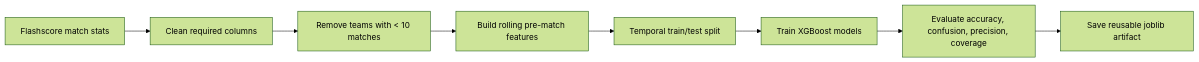
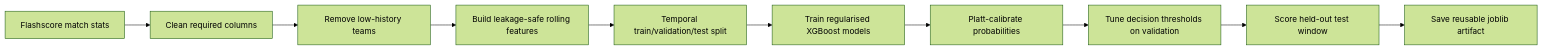
The diagram in README.md (Edehisaboi/football-match-outcome-ml), drawn with Mermaid (forest theme) before and after one commit. The commit also changed other lines of this file and 1 other file, not shown here.

````diff
--- a/README.md
+++ b/README.md
@@ -55,10 +63,12 @@
 ```mermaid
 flowchart LR
     A["Flashscore match stats"] --> B["Clean required columns"]
-    B --> C["Remove teams with < 10 matches"]
-    C --> D["Build rolling pre-match features"]
-    D --> E["Temporal train/test split"]
-    E --> F["Train XGBoost models"]
-    F --> G["Evaluate accuracy, confusion, precision, coverage"]
-    G --> H["Save reusable joblib artifact"]
+    B --> C["Remove low-history teams"]
+    C --> D["Build leakage-safe rolling features"]
+    D --> E["Temporal train/validation/test split"]
+    E --> F["Train regularised XGBoost models"]
+    F --> G["Platt-calibrate probabilities"]
+    G --> H["Tune decision thresholds on validation"]
+    H --> I["Score held-out test window"]
+    I --> J["Save reusable joblib artifact"]
 ```
````
